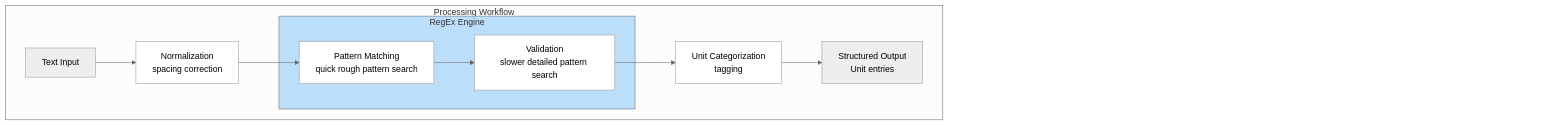
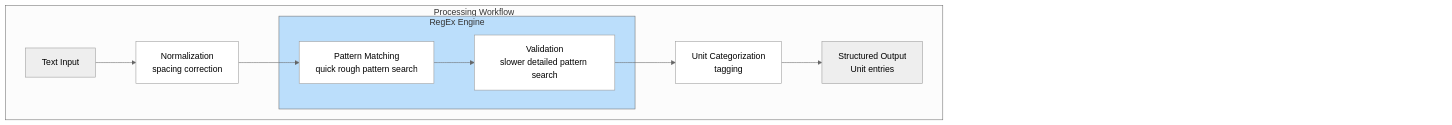
Before and after one commit to seanox/seanox-ai-nlp: the diagram in seanox_ai_nlp/units/README.md, drawn with Mermaid.

Commit message:
#0000 Documentation: Update of content

````diff
--- a/seanox_ai_nlp/units/README.md
+++ b/seanox_ai_nlp/units/README.md
@@ -705,31 +705,31 @@
 ```mermaid
 ---
 config:
   theme: neutral
 ---
 flowchart TD
-    R["12345678901234567890123456789012345678901234567890"]
+    R["1234567890123456789012345678901234567890"]
     subgraph subGraphWorkflow["Processing Workflow"]
         A["Text Input"]
         B["Normalization<br/>spacing correction"]
         subgraph subGraphRegExEngine["RegEx Engine"]
             C["Pattern Matching<br/>quick rough pattern search"]
             D["Validation<br/>slower detailed pattern search"]
         end
         E["Unit Categorization<br/>tagging"]
         F["Structured Output<br>Unit entries"]
     end
-    L["12345678901234567890123456789012345678901234567890"]
+    L["1234567890123456789012345678901234567890"]
     A --> B
     B --> C
     C --> D
     D --> E
     E --> F
     style subGraphRegExEngine fill:#BBDEFB  
     style B fill:#FFFFFF
     style C fill:#FFFFFF
     style D fill:#FFFFFF
     style E fill:#FFFFFF
     style L fill:#FFFFFF,stroke:#FFFFFF,stroke-width:0px,color:#FFFFFF
     style R fill:#FFFFFF,stroke:#FFFFFF,stroke-width:0px,color:#FFFFFF
 ```
````
